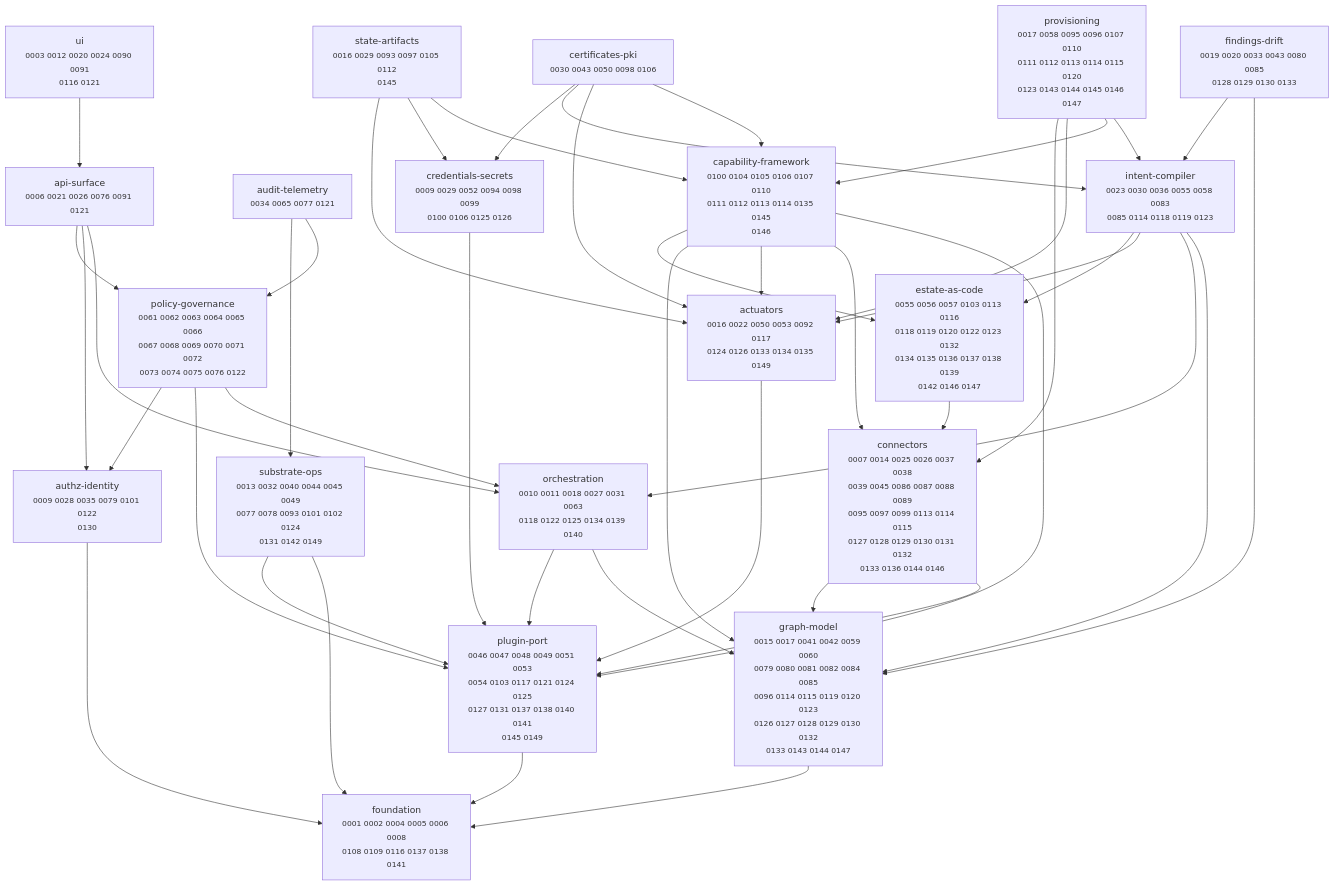
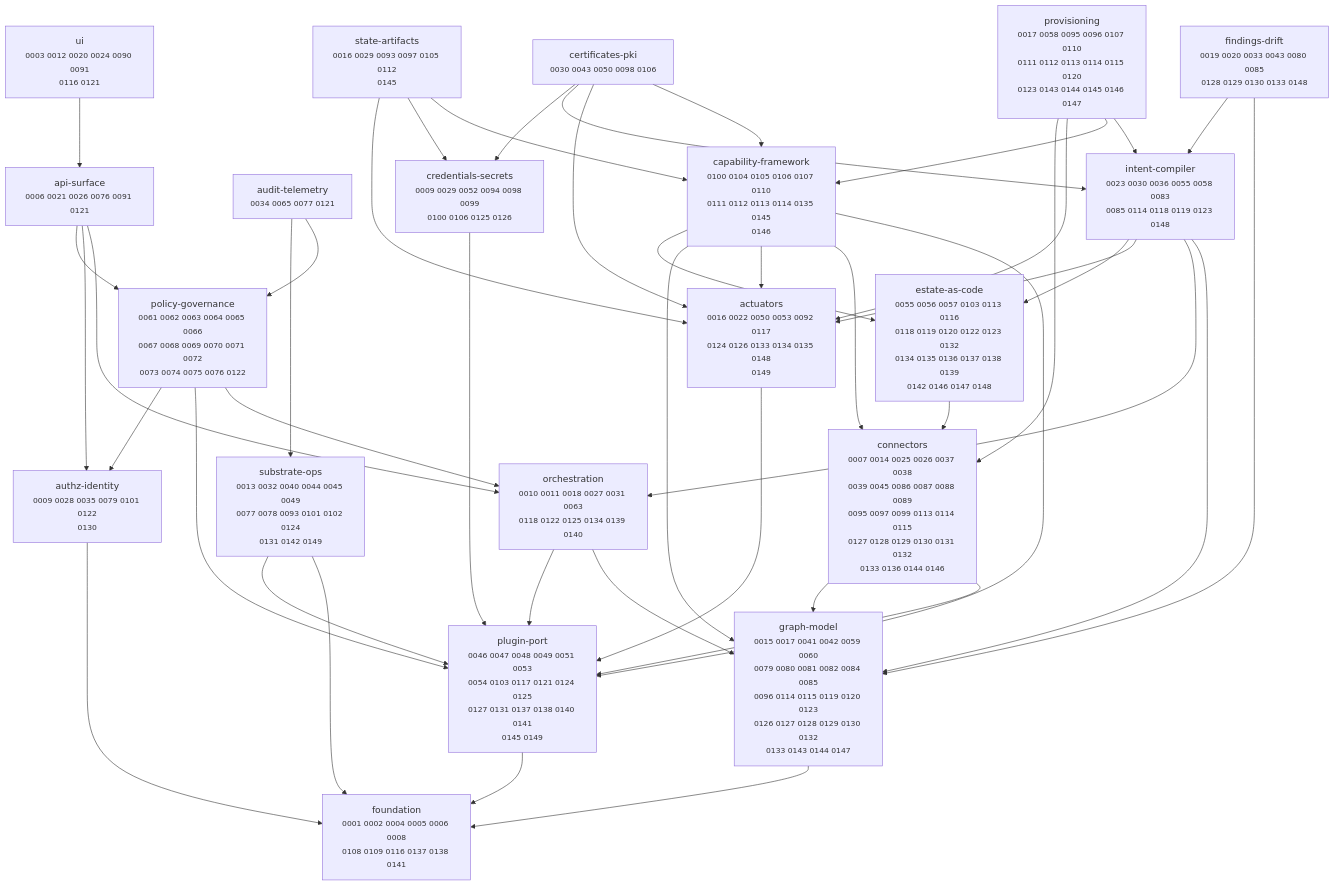
Before and after one commit to dstout-devops/stratt: the diagram in docs/adr/MAP.md, drawn with Mermaid. The commit also changed other lines of this file and 3 other files, not shown here.

````diff
--- a/docs/adr/MAP.md
+++ b/docs/adr/MAP.md
@@ -11,67 +11,67 @@
 ```mermaid
 graph TD
-  actuators["actuators<br/><small>0016 0022 0050 0053 0092 0117<br/>0124 0126 0133 0134 0135 0149</small>"]
+  actuators["actuators<br/><small>0016 0022 0050 0053 0092 0117<br/>0124 0126 0133 0134 0135 0148<br/>0149</small>"]
   api_surface["api-surface<br/><small>0006 0021 0026 0076 0091 0121</small>"]
   audit_telemetry["audit-telemetry<br/><small>0034 0065 0077 0121</small>"]
   authz_identity["authz-identity<br/><small>0009 0028 0035 0079 0101 0122<br/>0130</small>"]
   capability_framework["capability-framework<br/><small>0100 0104 0105 0106 0107 0110<br/>0111 0112 0113 0114 0135 0145<br/>0146</small>"]
   certificates_pki["certificates-pki<br/><small>0030 0043 0050 0098 0106</small>"]
   connectors["connectors<br/><small>0007 0014 0025 0026 0037 0038<br/>0039 0045 0086 0087 0088 0089<br/>0095 0097 0099 0113 0114 0115<br/>0127 0128 0129 0130 0131 0132<br/>0133 0136 0144 0146</small>"]
   credentials_secrets["credentials-secrets<br/><small>0009 0029 0052 0094 0098 0099<br/>0100 0106 0125 0126</small>"]
-  estate_as_code["estate-as-code<br/><small>0055 0056 0057 0103 0113 0116<br/>0118 0119 0120 0122 0123 0132<br/>0134 0135 0136 0137 0138 0139<br/>0142 0146 0147</small>"]
-  findings_drift["findings-drift<br/><small>0019 0020 0033 0043 0080 0085<br/>0128 0129 0130 0133</small>"]
+  estate_as_code["estate-as-code<br/><small>0055 0056 0057 0103 0113 0116<br/>0118 0119 0120 0122 0123 0132<br/>0134 0135 0136 0137 0138 0139<br/>0142 0146 0147 0148</small>"]
+  findings_drift["findings-drift<br/><small>0019 0020 0033 0043 0080 0085<br/>0128 0129 0130 0133 0148</small>"]
   foundation["foundation<br/><small>0001 0002 0004 0005 0006 0008<br/>0108 0109 0116 0137 0138 0141</small>"]
   graph_model["graph-model<br/><small>0015 0017 0041 0042 0059 0060<br/>0079 0080 0081 0082 0084 0085<br/>0096 0114 0115 0119 0120 0123<br/>0126 0127 0128 0129 0130 0132<br/>0133 0143 0144 0147</small>"]
-  intent_compiler["intent-compiler<br/><small>0023 0030 0036 0055 0058 0083<br/>0085 0114 0118 0119 0123</small>"]
+  intent_compiler["intent-compiler<br/><small>0023 0030 0036 0055 0058 0083<br/>0085 0114 0118 0119 0123 0148</small>"]
   orchestration["orchestration<br/><small>0010 0011 0018 0027 0031 0063<br/>0118 0122 0125 0134 0139 0140</small>"]
   plugin_port["plugin-port<br/><small>0046 0047 0048 0049 0051 0053<br/>0054 0103 0117 0121 0124 0125<br/>0127 0131 0137 0138 0140 0141<br/>0145 0149</small>"]
   policy_governance["policy-governance<br/><small>0061 0062 0063 0064 0065 0066<br/>0067 0068 0069 0070 0071 0072<br/>0073 0074 0075 0076 0122</small>"]
   provisioning["provisioning<br/><small>0017 0058 0095 0096 0107 0110<br/>0111 0112 0113 0114 0115 0120<br/>0123 0143 0144 0145 0146 0147</small>"]
   state_artifacts["state-artifacts<br/><small>0016 0029 0093 0097 0105 0112<br/>0145</small>"]
   substrate_ops["substrate-ops<br/><small>0013 0032 0040 0044 0045 0049<br/>0077 0078 0093 0101 0102 0124<br/>0131 0142 0149</small>"]
   ui["ui<br/><small>0003 0012 0020 0024 0090 0091<br/>0116 0121</small>"]
 
   actuators --> plugin_port
   api_surface --> orchestration
   api_surface --> authz_identity
   api_surface --> policy_governance
   audit_telemetry --> policy_governance
   audit_telemetry --> substrate_ops
   authz_identity --> foundation
   capability_framework --> plugin_port
   capability_framework --> connectors
   capability_framework --> actuators
   capability_framework --> graph_model
   capability_framework --> estate_as_code
   certificates_pki --> capability_framework
   certificates_pki --> actuators
   certificates_pki --> intent_compiler
   certificates_pki --> credentials_secrets
   connectors --> plugin_port
   connectors --> graph_model
   credentials_secrets --> plugin_port
   estate_as_code --> connectors
   findings_drift --> graph_model
   findings_drift --> intent_compiler
   graph_model --> foundation
   intent_compiler --> graph_model
   intent_compiler --> orchestration
   intent_compiler --> actuators
   intent_compiler --> estate_as_code
   orchestration --> graph_model
   orchestration --> plugin_port
   plugin_port --> foundation
   policy_governance --> orchestration
   policy_governance --> plugin_port
   policy_governance --> authz_identity
   provisioning --> intent_compiler
   provisioning --> capability_framework
   provisioning --> actuators
   provisioning --> connectors
   state_artifacts --> capability_framework
   state_artifacts --> credentials_secrets
   state_artifacts --> actuators
   substrate_ops --> foundation
   substrate_ops --> plugin_port
   ui --> api_surface
 ```
````
